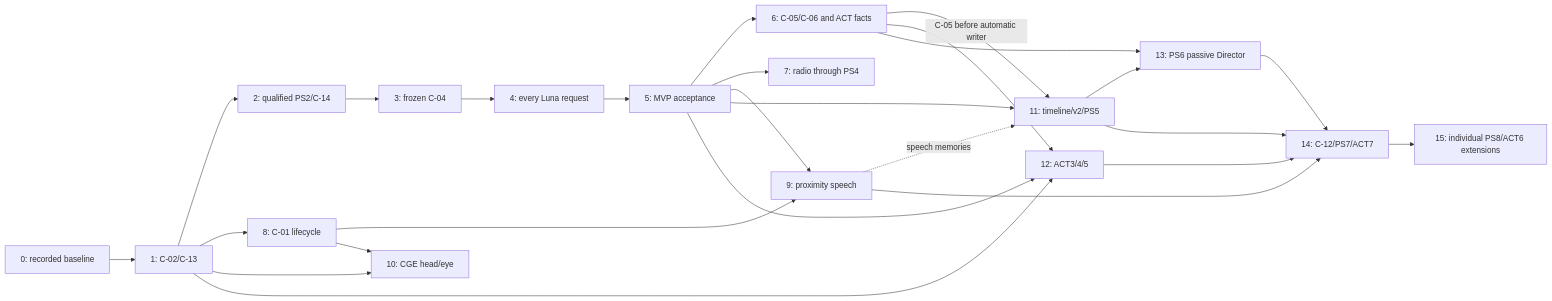
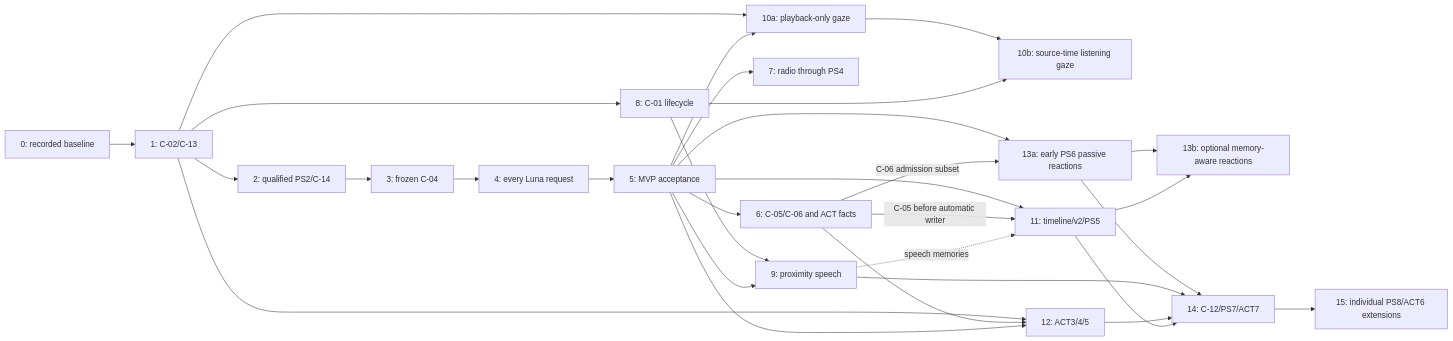
Before and after one commit to ComradeGenosse/LSA-Enhanced-essential-fork: the second of 2 diagrams in docs/research/UNIFIED-LSA-INTELLIGENCE-IMPLEMENTATION-PLAN-20261008.md, drawn with Mermaid. The commit also changed other lines of this file and 18 other files, not shown here.

Commit message:
docs: sequence early PS6 reactions and playback gaze

````diff
--- a/docs/research/UNIFIED-LSA-INTELLIGENCE-IMPLEMENTATION-PLAN-20261008.md
+++ b/docs/research/UNIFIED-LSA-INTELLIGENCE-IMPLEMENTATION-PLAN-20261008.md
@@ -534,28 +578,32 @@
 ```mermaid
 flowchart LR
   P0[0: recorded baseline] --> P1[1: C-02/C-13]
   P1 --> P2[2: qualified PS2/C-14]
   P2 --> P3[3: frozen C-04]
   P3 --> P4[4: every Luna request]
   P4 --> P5[5: MVP acceptance]
   P5 --> P6[6: C-05/C-06 and ACT facts]
   P5 --> P7[7: radio through PS4]
   P1 --> P8[8: C-01 lifecycle]
   P8 --> P9[9: proximity speech]
   P5 --> P9
-  P8 --> P10[10: CGE head/eye]
-  P1 --> P10
+  P1 --> P10a[10a: playback-only gaze]
+  P5 --> P10a
+  P10a --> P10b[10b: source-time listening gaze]
+  P8 --> P10b
+  P5 --> P13a[13a: early PS6 passive reactions]
+  P6 -->|C-06 admission subset| P13a
   P5 --> P11[11: timeline/v2/PS5]
   P6 -->|C-05 before automatic writer| P11
   P9 -. speech memories .-> P11
+  P13a --> P13b[13b: optional memory-aware reactions]
+  P11 --> P13b
   P1 --> P12[12: ACT3/4/5]
   P6 --> P12
   P5 --> P12
-  P11 --> P13[13: PS6 passive Director]
-  P6 --> P13
-  P13 --> P14[14: C-12/PS7/ACT7]
+  P13a --> P14[14: C-12/PS7/ACT7]
   P9 --> P14
   P12 --> P14
   P11 --> P14
   P14 --> P15[15: individual PS8/ACT6 extensions]
 ```
````
